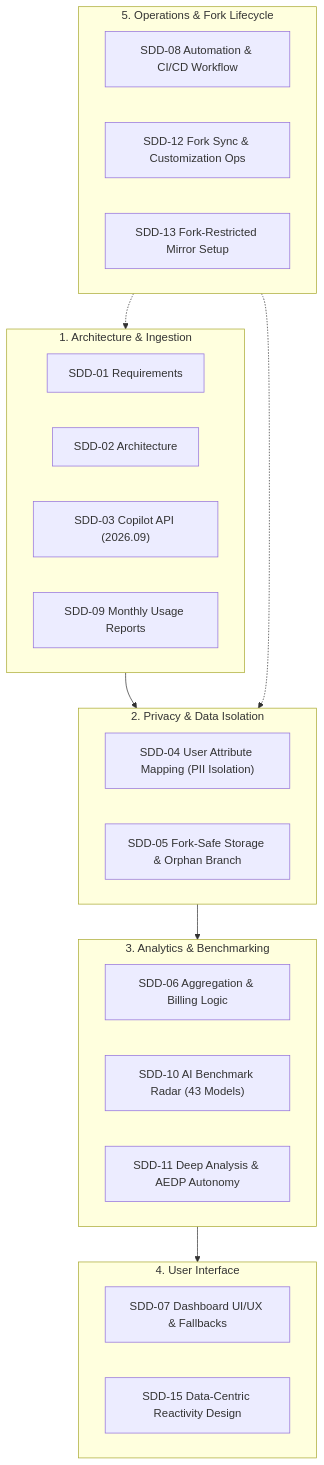
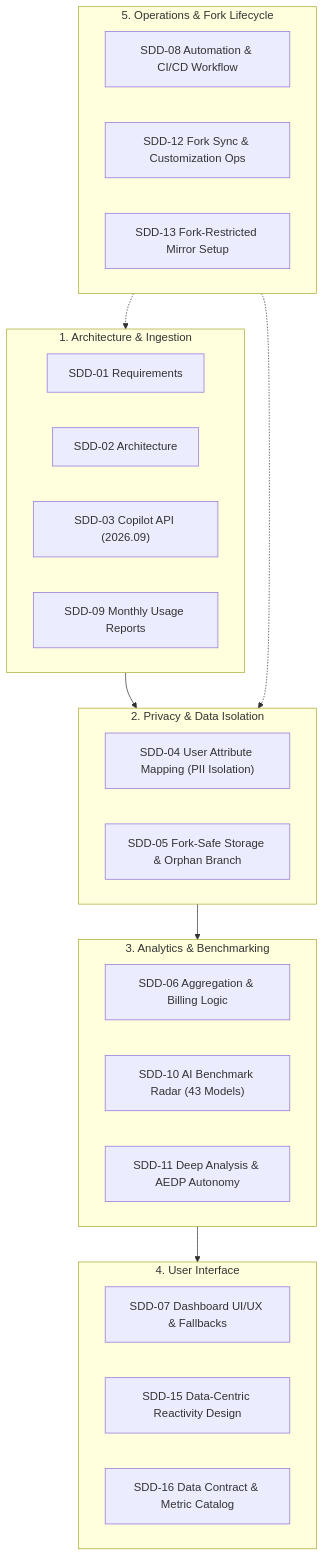
Before and after one commit to sun-flat-yamada/github-copilot-dashboard: the diagram in docs/specifications/README.md, drawn with Mermaid. The commit also changed other lines of this file and 16 other files, not shown here.

First line of the commit message:
feat(dashboard): add metric catalog v1 with definition tooltips and explicit windows (#188)

````diff
--- a/docs/specifications/README.md
+++ b/docs/specifications/README.md
@@ -13,35 +13,36 @@
 ```mermaid
 flowchart TD
     subgraph D1["1. Architecture & Ingestion"]
         S01["SDD-01 Requirements"]
         S02["SDD-02 Architecture"]
         S03["SDD-03 Copilot API (2026.09)"]
         S09["SDD-09 Monthly Usage Reports"]
     end
 
     subgraph D2["2. Privacy & Data Isolation"]
         S04["SDD-04 User Attribute Mapping (PII Isolation)"]
         S05["SDD-05 Fork-Safe Storage & Orphan Branch"]
     end
 
     subgraph D3["3. Analytics & Benchmarking"]
         S06["SDD-06 Aggregation & Billing Logic"]
         S10["SDD-10 AI Benchmark Radar (43 Models)"]
         S11["SDD-11 Deep Analysis & AEDP Autonomy"]
     end
 
     subgraph D4["4. User Interface"]
         S07["SDD-07 Dashboard UI/UX & Fallbacks"]
         S15["SDD-15 Data-Centric Reactivity Design"]
+        S16["SDD-16 Data Contract & Metric Catalog"]
     end
 
     subgraph D5["5. Operations & Fork Lifecycle"]
         S08["SDD-08 Automation & CI/CD Workflow"]
         S12["SDD-12 Fork Sync & Customization Ops"]
         S13["SDD-13 Fork-Restricted Mirror Setup"]
     end
 
     D1 --> D2 --> D3 --> D4
     D5 -.-> D1
     D5 -.-> D2
 ```
````
